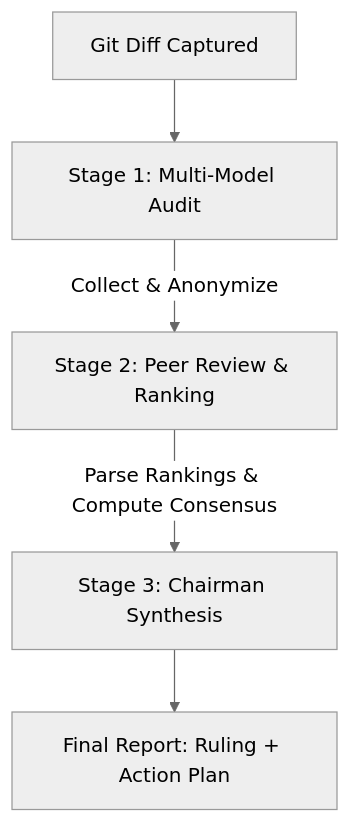
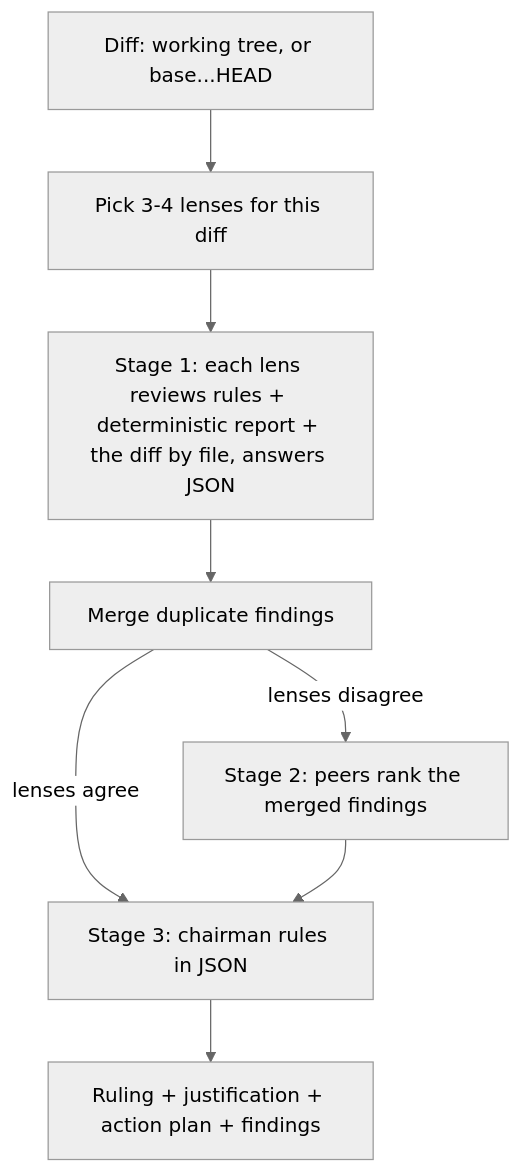
Before and after one commit to ackwiring/SW-Council: the diagram in README.md, drawn with Mermaid (neutral theme). The commit also changed other lines of this file and 6 other files, not shown here.

````diff
--- a/README.md
+++ b/README.md
@@ -9,7 +10,10 @@
 ```mermaid
 graph TD
-    A[Git Diff Captured] --> B[Stage 1: Multi-Model Audit]
-    B -->|Collect & Anonymize| C[Stage 2: Peer Review & Ranking]
-    C -->|Parse Rankings & Compute Consensus| D[Stage 3: Chairman Synthesis]
-    D --> E[Final Report: Ruling + Action Plan]
+    A[Diff: working tree, or base...HEAD] --> L[Pick 3-4 lenses for this diff]
+    L --> B[Stage 1: each lens reviews rules + deterministic report + the diff by file, answers JSON]
+    B --> M[Merge duplicate findings]
+    M -->|lenses disagree| C[Stage 2: peers rank the merged findings]
+    M -->|lenses agree| D
+    C --> D[Stage 3: chairman rules in JSON]
+    D --> E[Ruling + justification + action plan + findings]
 ```
````
